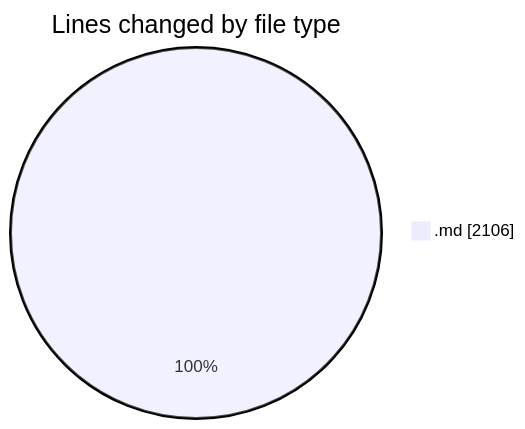
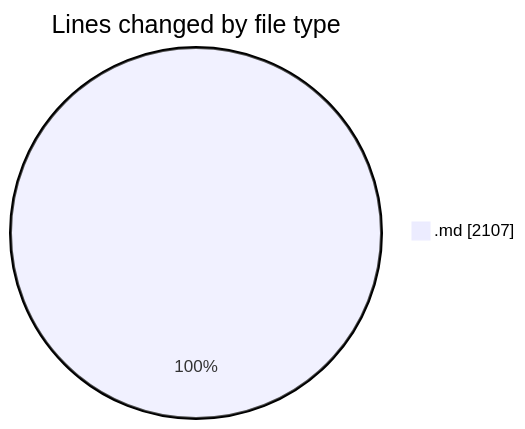
One commit to Ritupan-Deka/code-tracking changed the first of 2 diagrams in 2025-07-07/urlwebwala_intership_work/README.md. Above: the diagram before and after it, drawn with Mermaid. The commit also changed other lines of this file and 1 other file, not shown here.

````diff
--- a/2025-07-07/urlwebwala_intership_work/README.md
+++ b/2025-07-07/urlwebwala_intership_work/README.md
@@ -22,5 +22,5 @@
 ```mermaid
 pie showData
 title Lines changed by file type
-".md" : 2106
+".md" : 2107
 ```
````
